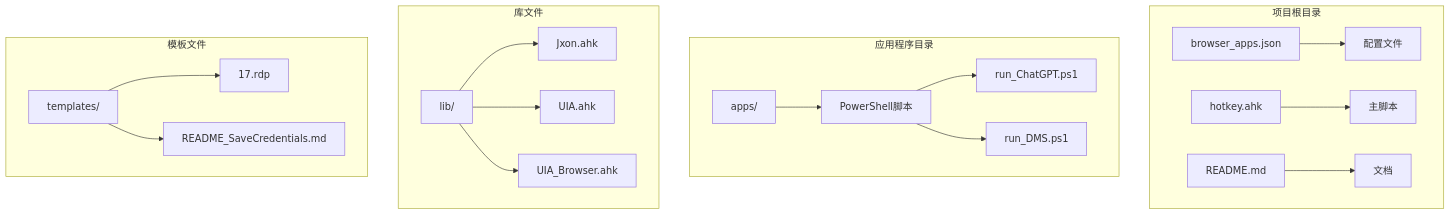
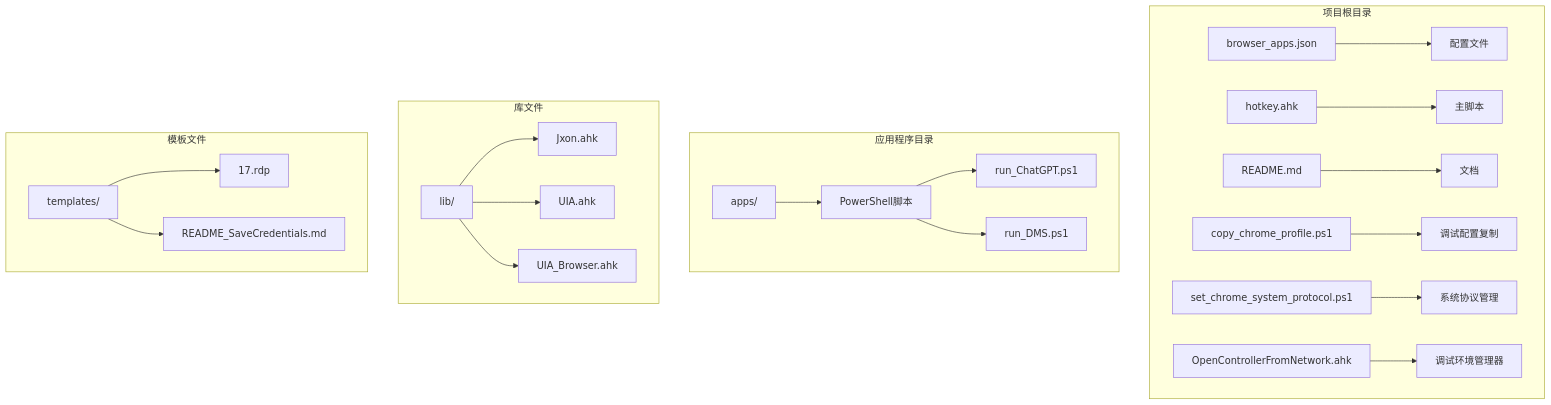
The first of 12 diagrams in .qoder/repowiki/zh/content/核心功能/浏览器应用管理.md (wangys-123doit/hotkey), drawn with Mermaid before and after one commit. The commit also changed other lines of this file and 5 other files, not shown here.

````diff
--- a/.qoder/repowiki/zh/content/核心功能/浏览器应用管理.md
+++ b/.qoder/repowiki/zh/content/核心功能/浏览器应用管理.md
@@ -43,22 +61,25 @@
 ```mermaid
 graph TB
 subgraph "项目根目录"
 A[browser_apps.json] --> B[配置文件]
 C[hotkey.ahk] --> D[主脚本]
 E[README.md] --> F[文档]
+G[copy_chrome_profile.ps1] --> H[调试配置复制]
+I[set_chrome_system_protocol.ps1] --> J[系统协议管理]
+K[OpenControllerFromNetwork.ahk] --> L[调试环境管理器]
 end
 subgraph "应用程序目录"
-G[apps/] --> H[PowerShell脚本]
-H --> I[run_ChatGPT.ps1]
-H --> J[run_DMS.ps1]
+M[apps/] --> N[PowerShell脚本]
+N --> O[run_ChatGPT.ps1]
+N --> P[run_DMS.ps1]
 end
 subgraph "库文件"
-K[lib/] --> L[Jxon.ahk]
-K --> M[UIA.ahk]
-K --> N[UIA_Browser.ahk]
+Q[lib/] --> R[Jxon.ahk]
+Q --> S[UIA.ahk]
+Q --> T[UIA_Browser.ahk]
 end
 subgraph "模板文件"
-O[templates/] --> P[17.rdp]
-O --> Q[README_SaveCredentials.md]
+U[templates/] --> V[17.rdp]
+U --> W[README_SaveCredentials.md]
 end
 ```
````
